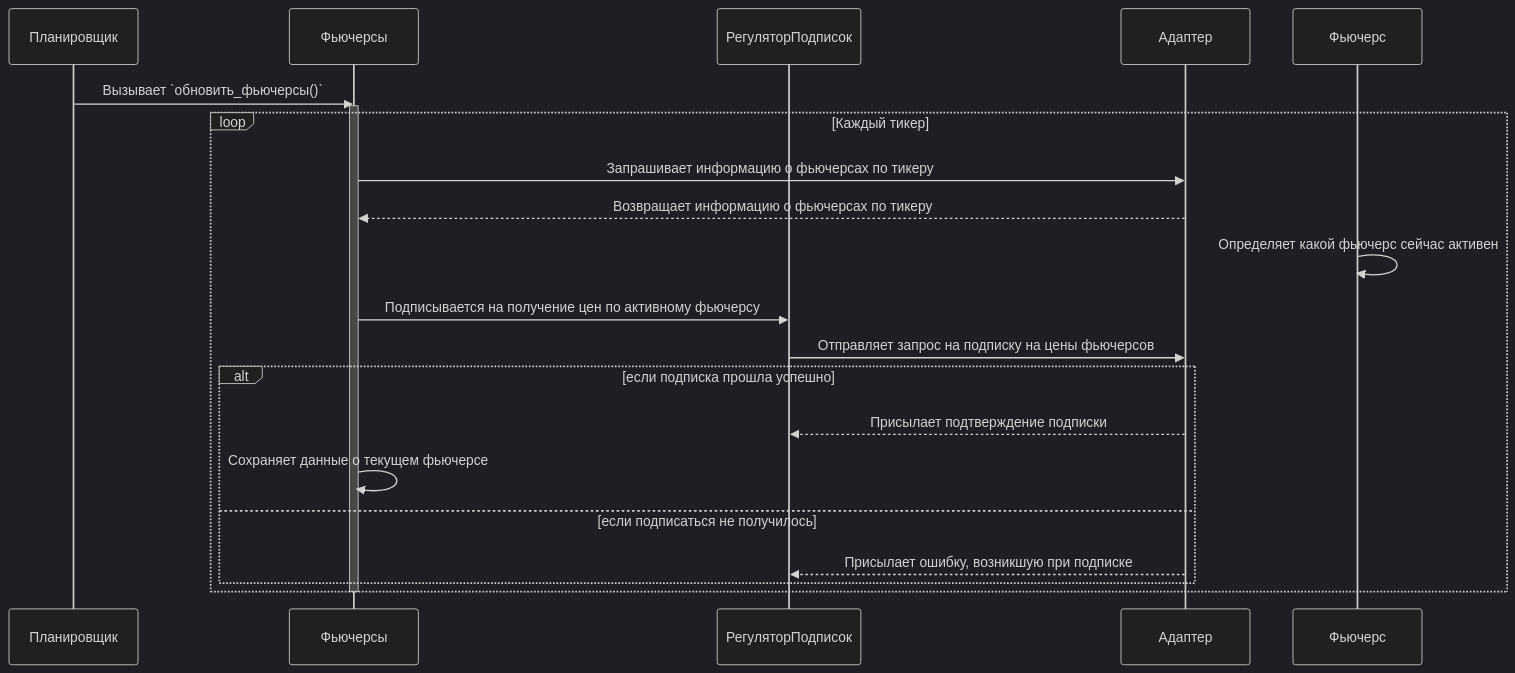
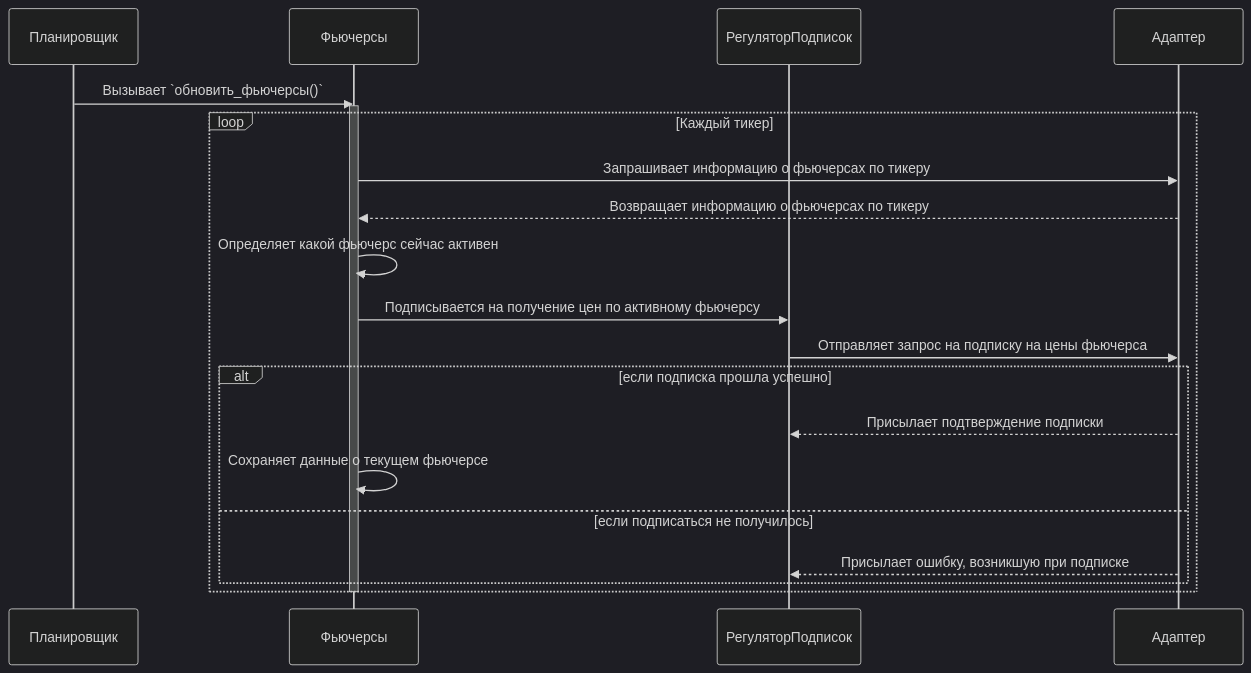
Diagram 23 of 28 in robot-logic.md (Marat22/MiriadRobotDocs), drawn with Mermaid (dark theme) before and after one commit. The commit also changed other lines of this file, not shown here.

````diff
--- a/robot-logic.md
+++ b/robot-logic.md
@@ -543,24 +543,24 @@
 ```mermaid
 sequenceDiagram
   participant Планировщик
   participant Фьючерсы
   participant РегуляторПодписок
   participant Планировщик
 
   Планировщик->>Фьючерсы: Вызывает `обновить_фьючерсы()`
   activate Фьючерсы
   loop Каждый тикер
   Фьючерсы->>Адаптер: Запрашивает информацию о фьючерсах по тикеру
   Адаптер-->>Фьючерсы: Возвращает информацию о фьючерсах по тикеру
-  Фьючерс->>Фьючерс: Определяет какой фьючерс сейчас активен
+  Фьючерсы->>Фьючерсы: Определяет какой фьючерс сейчас активен
   Фьючерсы->>РегуляторПодписок: Подписывается на получение цен по активному фьючерсу
-  РегуляторПодписок->>Адаптер: Отправляет запрос на подписку на цены фьючерсов
+  РегуляторПодписок->>Адаптер: Отправляет запрос на подписку на цены фьючерса
   alt если подписка прошла успешно
   Адаптер-->>РегуляторПодписок: Присылает подтверждение подписки
   Фьючерсы->>Фьючерсы: Сохраняет данные о текущем фьючерсе
   else если подписаться не получилось
   Адаптер-->>РегуляторПодписок: Присылает ошибку, возникшую при подписке
   end
   end
   deactivate Фьючерсы
 ```
````
